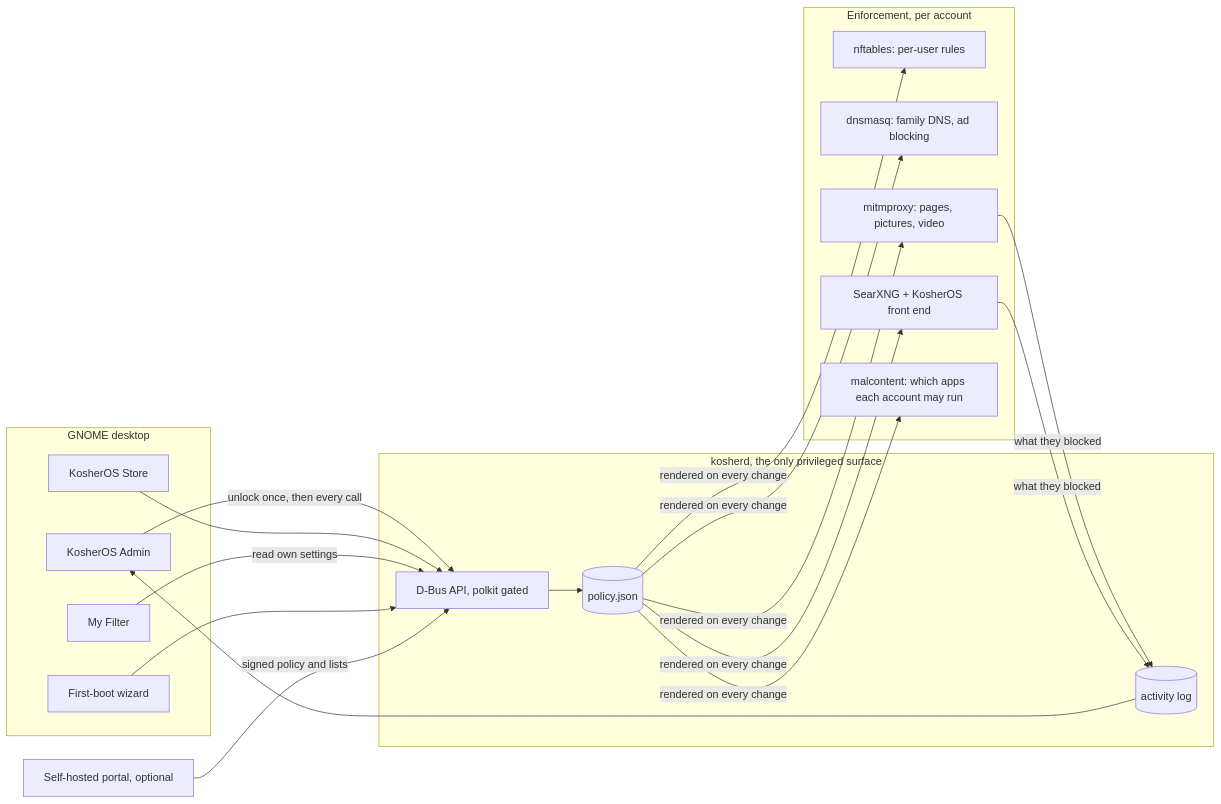
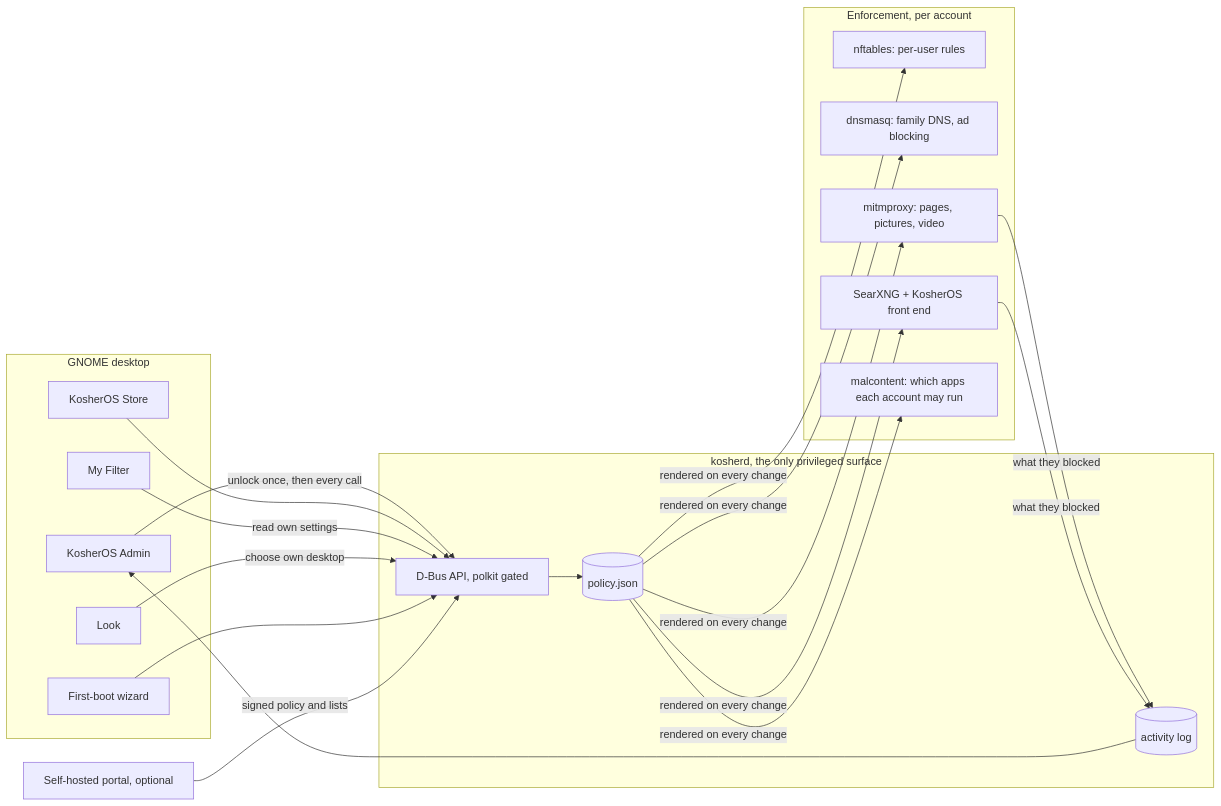
The diagram in docs/architecture.md (aareman/KosherOS), drawn with Mermaid before and after one commit. The commit also changed 21 other files, not shown here.

First line of the commit message:
feat(look): a Look app where each person picks their desktop and tunes it

````diff
--- a/docs/architecture.md
+++ b/docs/architecture.md
@@ -8,30 +8,32 @@
 ```mermaid
 flowchart LR
     subgraph desktop [GNOME desktop]
         Admin[KosherOS Admin]
         Store[KosherOS Store]
         MyFilter[My Filter]
+        Look[Look]
         Setup[First-boot wizard]
     end
     subgraph daemon [kosherd, the only privileged surface]
         DBus[D-Bus API, polkit gated]
         Policy[(policy.json)]
         Activity[(activity log)]
     end
     subgraph enforcement [Enforcement, per account]
         NFT[nftables: per-user rules]
         DNS[dnsmasq: family DNS, ad blocking]
         Proxy[mitmproxy: pages, pictures, video]
         Search[SearXNG + KosherOS front end]
         MCT[malcontent: which apps each account may run]
     end
     Admin -->|unlock once, then every call| DBus
     Store --> DBus
     MyFilter -->|read own settings| DBus
+    Look -->|choose own desktop| DBus
     Setup --> DBus
     DBus --> Policy
     Policy -->|rendered on every change| NFT & DNS & Proxy & Search & MCT
     Proxy & Search -->|what they blocked| Activity
     Activity --> Admin
     Portal[Self-hosted portal, optional] -->|signed policy and lists| DBus
 ```
````
